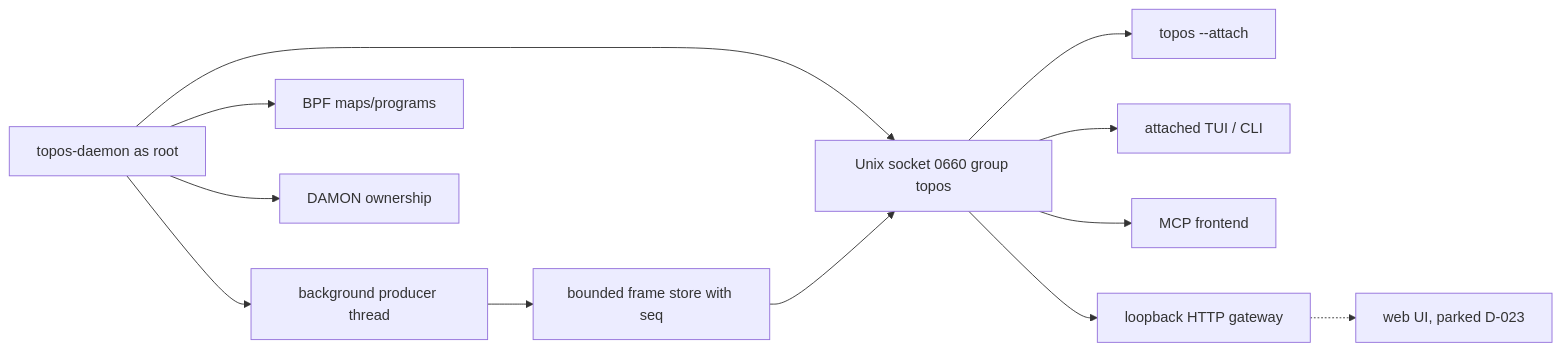
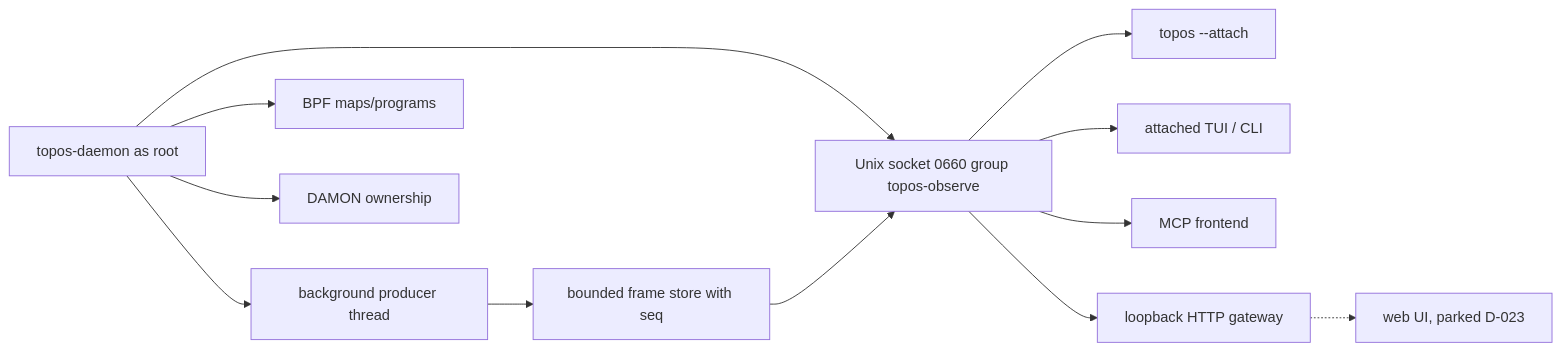
Before and after one commit to volkb79-2/vbpub: the third of 3 diagrams in topos/docs/ARCHITECTURE.md, drawn with Mermaid. The commit also changed 53 other files, not shown here.

Commit message:
feat(topos): add socket-activated host service

````diff
--- a/topos/docs/ARCHITECTURE.md
+++ b/topos/docs/ARCHITECTURE.md
@@ -120,14 +120,14 @@
 ```mermaid
 flowchart LR
     RootDaemon[topos-daemon as root] --> Producer[background producer thread]
     Producer --> Store[bounded frame store with seq]
-    RootDaemon --> Socket[Unix socket 0660 group topos]
+    RootDaemon --> Socket[Unix socket 0660 group topos-observe]
     Store --> Socket
     Socket --> TUI[topos --attach]
     Socket --> AttachClient[attached TUI / CLI]
     Socket --> MCP[MCP frontend]
     Socket --> Gateway[loopback HTTP gateway]
     Gateway -.-> FutureWeb[web UI, parked D-023]
     RootDaemon --> BPF[BPF maps/programs]
     RootDaemon --> DamonState[DAMON ownership]
 ```
````
